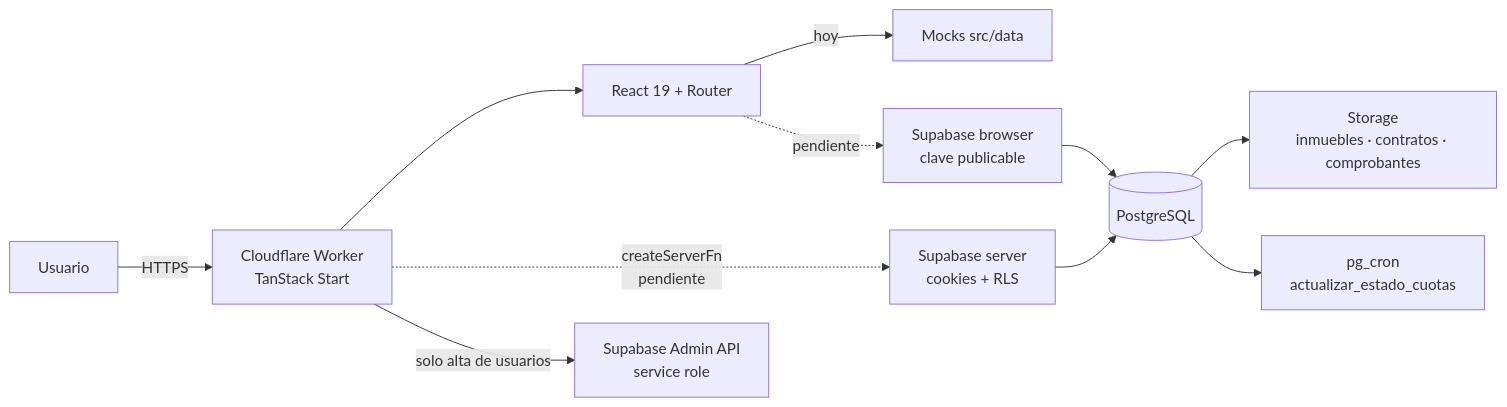
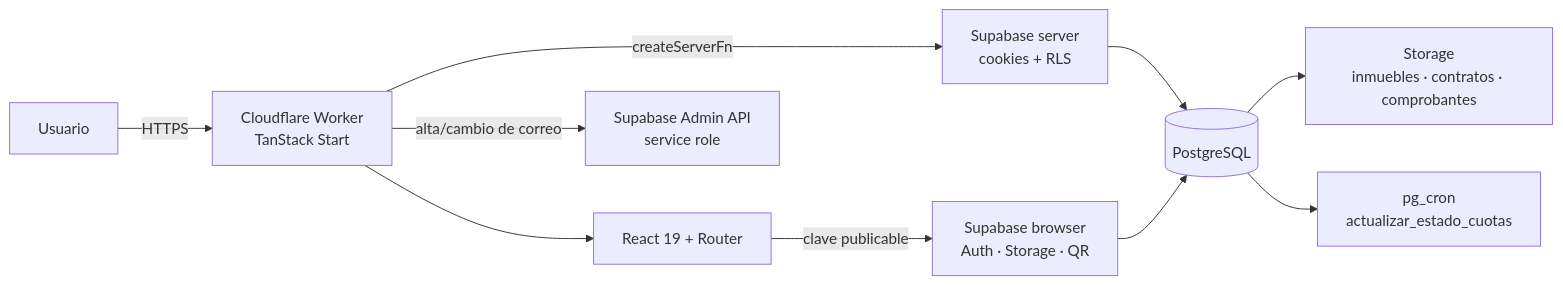
One commit to adrianhvakd/IngSoftwareProyecto1 changed the first of 2 diagrams in docs/ARCHITECTURE.md. Above: the diagram before and after it, drawn with Mermaid. The commit also changed other lines of this file and 108 other files, not shown here.

````diff
--- a/docs/ARCHITECTURE.md
+++ b/docs/ARCHITECTURE.md
@@ -7,13 +7,12 @@
 ```mermaid
 flowchart LR
   U[Usuario] -->|HTTPS| CF[Cloudflare Worker<br/>TanStack Start]
   CF --> R[React 19 + Router]
-  R -->|hoy| M[Mocks src/data]
-  R -.->|pendiente| B[Supabase browser<br/>clave publicable]
-  CF -.->|createServerFn<br/>pendiente| S[Supabase server<br/>cookies + RLS]
+  R -->|clave publicable| B[Supabase browser<br/>Auth · Storage · QR]
+  CF -->|createServerFn| S[Supabase server<br/>cookies + RLS]
   S --> DB[(PostgreSQL)]
   B --> DB
-  CF -->|solo alta de usuarios| A[Supabase Admin API<br/>service role]
+  CF -->|alta/cambio de correo| A[Supabase Admin API<br/>service role]
   DB --> ST[Storage<br/>inmuebles · contratos · comprobantes]
   DB --> CRON[pg_cron<br/>actualizar_estado_cuotas]
 ```
````
